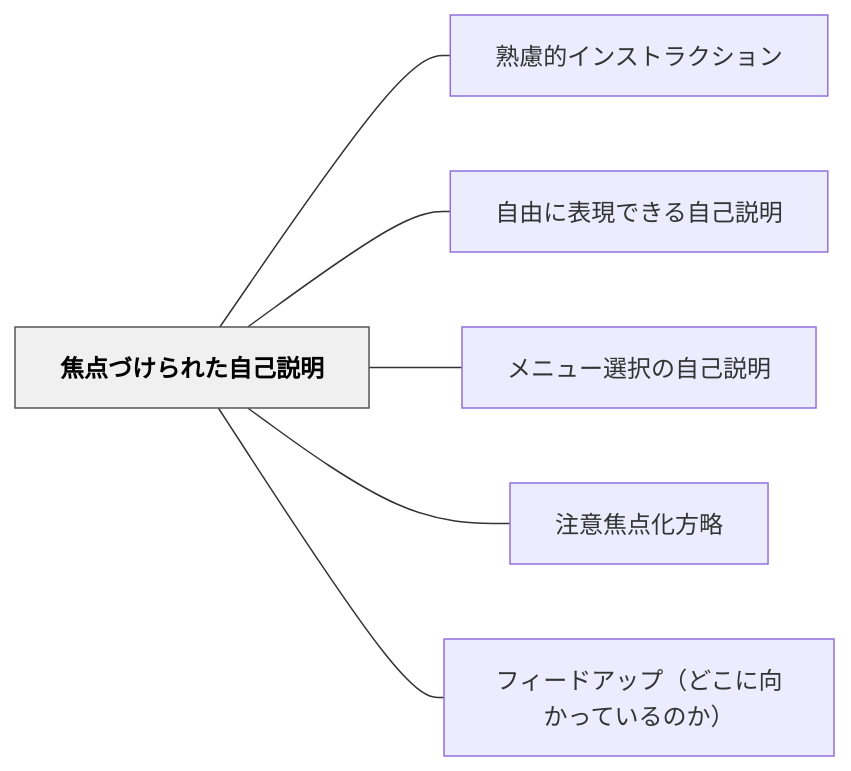
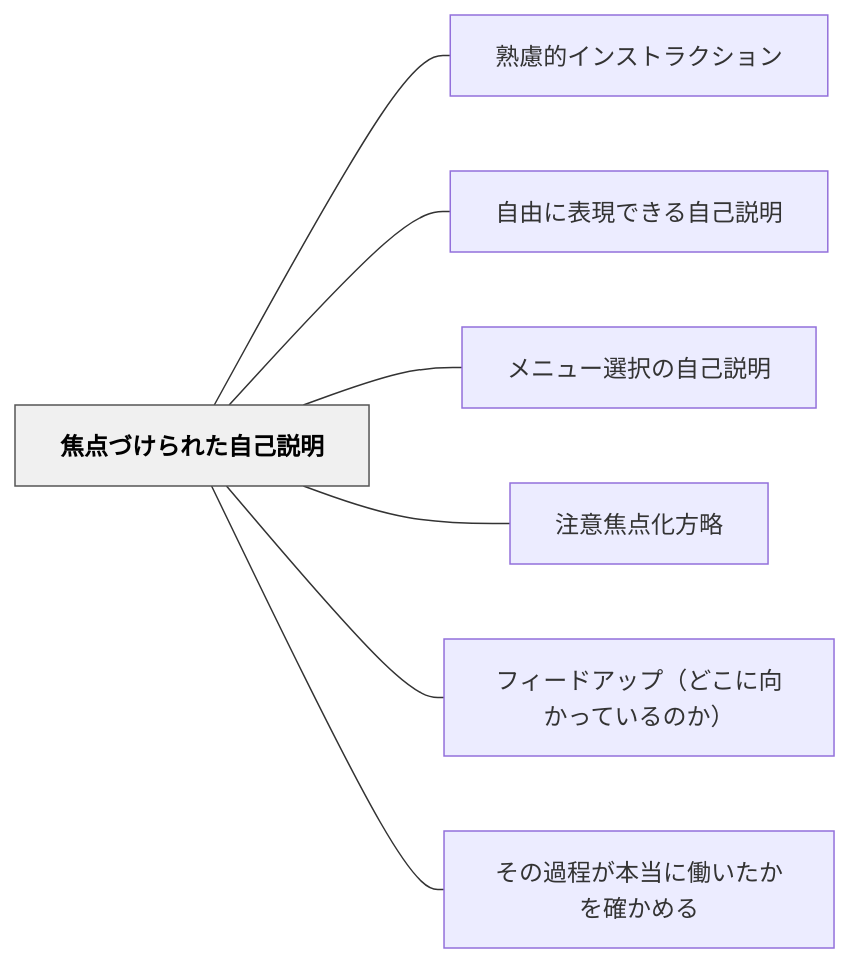
The diagram in content/パタン/焦点づけられた自己説明.md (unknownthings-ed-patterns/unknownthings-ed-patterns), drawn with Mermaid before and after one commit. The commit also changed other lines of this file and 17 other files, not shown here.

````diff
--- a/content/パタン/焦点づけられた自己説明.md
+++ b/content/パタン/焦点づけられた自己説明.md
@@ -36,18 +36,20 @@
 ```mermaid
 flowchart LR
     ne784a6e782b9e381a5e38191e38289e3828ce3819fe887aae5b7b1e8aaace6988e["焦点づけられた自己説明"]
     ne7869fe685aee79a84e382a4e383b3e382b9e38388e383a9e382afe382b7e383a7e383b3["熟慮的インストラクション"]
     ne887aae794b1e381abe8a1a8e78fbee381a7e3818de3828be887aae5b7b1e8aaace6988e["自由に表現できる自己説明"]
     ne383a1e3838be383a5e383bce981b8e68a9ee381aee887aae5b7b1e8aaace6988e["メニュー選択の自己説明"]
     ne6b3a8e6848fe784a6e782b9e58c96e696b9e795a5["注意焦点化方略"]
     ne38395e382a3e383bce38389e382a2e38383e38397efbc88e381a9e38193e381abe59091e3818be381a3e381a6e38184e3828be381aee3818befbc89["フィードアップ（どこに向かっているのか）"]
+    ne3819de381aee9818ee7a88be3818ce69cace5bd93e381abe5838de38184e3819fe3818be38292e7a2bae3818be38281e3828b["その過程が本当に働いたかを確かめる"]
 
     ne784a6e782b9e381a5e38191e38289e3828ce3819fe887aae5b7b1e8aaace6988e --- ne7869fe685aee79a84e382a4e383b3e382b9e38388e383a9e382afe382b7e383a7e383b3
     ne784a6e782b9e381a5e38191e38289e3828ce3819fe887aae5b7b1e8aaace6988e --- ne887aae794b1e381abe8a1a8e78fbee381a7e3818de3828be887aae5b7b1e8aaace6988e
     ne784a6e782b9e381a5e38191e38289e3828ce3819fe887aae5b7b1e8aaace6988e --- ne383a1e3838be383a5e383bce981b8e68a9ee381aee887aae5b7b1e8aaace6988e
     ne784a6e782b9e381a5e38191e38289e3828ce3819fe887aae5b7b1e8aaace6988e --- ne6b3a8e6848fe784a6e782b9e58c96e696b9e795a5
     ne784a6e782b9e381a5e38191e38289e3828ce3819fe887aae5b7b1e8aaace6988e --- ne38395e382a3e383bce38389e382a2e38383e38397efbc88e381a9e38193e381abe59091e3818be381a3e381a6e38184e3828be381aee3818befbc89
+    ne784a6e782b9e381a5e38191e38289e3828ce3819fe887aae5b7b1e8aaace6988e --- ne3819de381aee9818ee7a88be3818ce69cace5bd93e381abe5838de38184e3819fe3818be38292e7a2bae3818be38281e3828b
 
     classDef hub fill:#f0f0f0,stroke:#555,color:#000,font-weight:bold
     class ne784a6e782b9e381a5e38191e38289e3828ce3819fe887aae5b7b1e8aaace6988e hub
 ```
````
